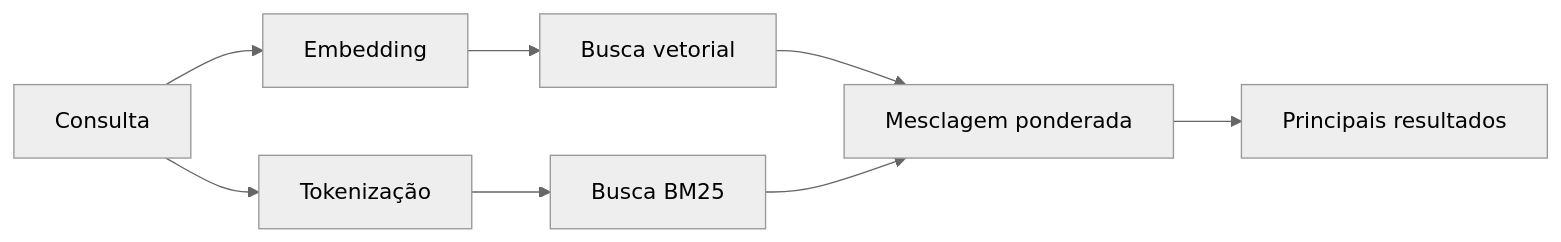
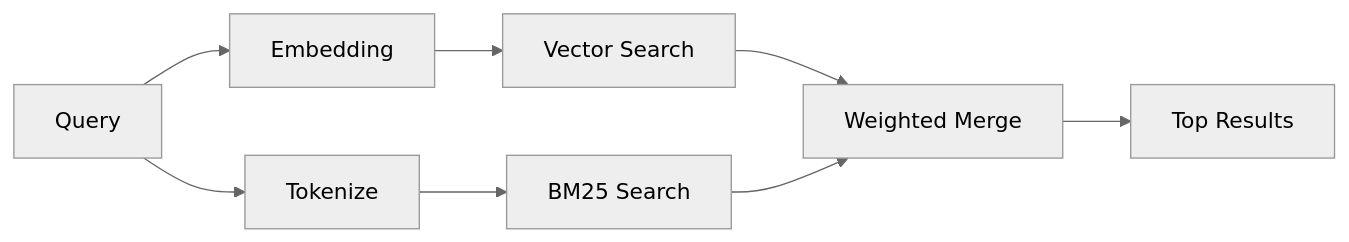
One commit to openclaw/docs changed the diagram in docs/pt-BR/concepts/memory-search.md. Above: the diagram before and after it, drawn with Mermaid (neutral theme). The commit also changed other lines of this file and 142 other files, not shown here.

````diff
--- a/docs/pt-BR/concepts/memory-search.md
+++ b/docs/pt-BR/concepts/memory-search.md
@@ -59,10 +59,10 @@
 ```mermaid
 flowchart LR
-    Q["Consulta"] --> E["Embedding"]
-    Q --> T["Tokenização"]
-    E --> VS["Busca vetorial"]
-    T --> BM["Busca BM25"]
-    VS --> M["Mesclagem ponderada"]
+    Q["Query"] --> E["Embedding"]
+    Q --> T["Tokenize"]
+    E --> VS["Vector Search"]
+    T --> BM["BM25 Search"]
+    VS --> M["Weighted Merge"]
     BM --> M
-    M --> R["Principais resultados"]
+    M --> R["Top Results"]
 ```
````
